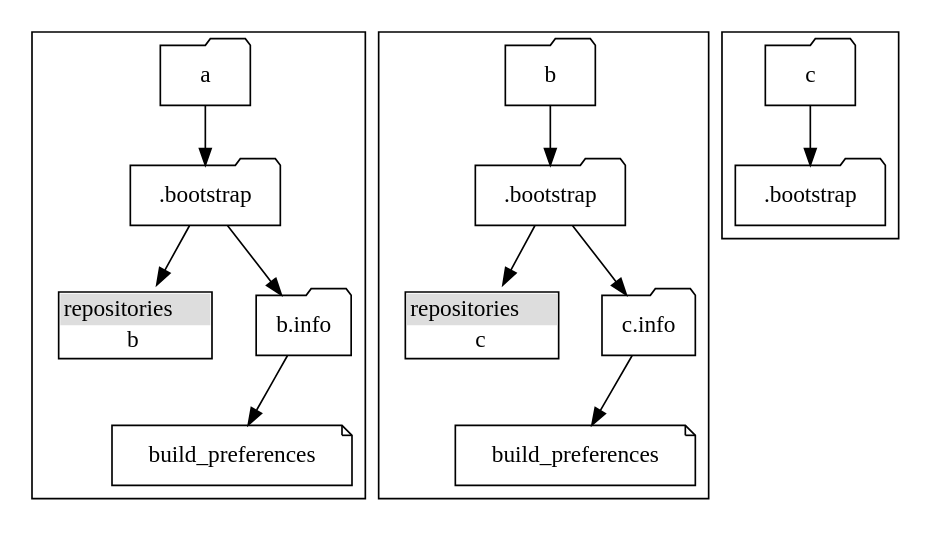
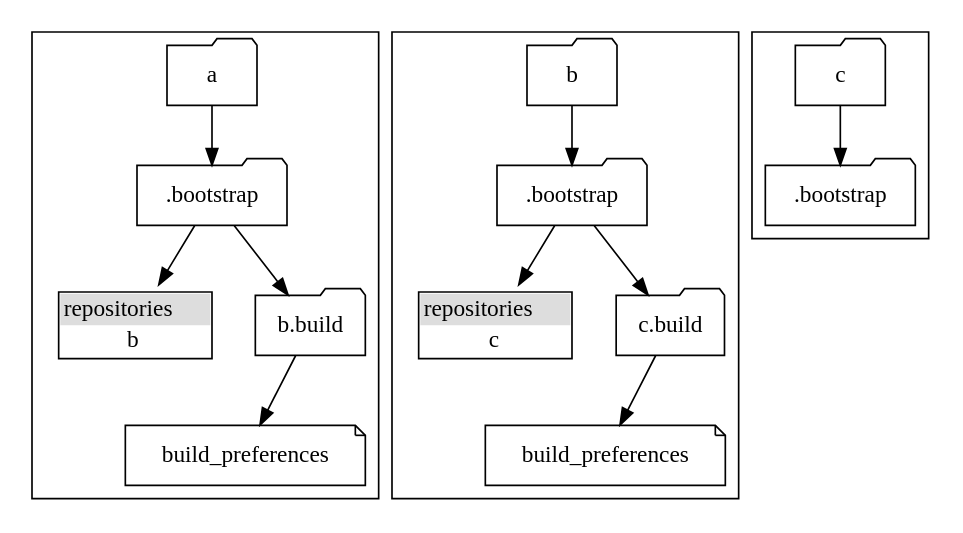
Before and after one commit to mulle-nat-stash/mulle-bootstrap: the diagram in dox/settings/types/3-a-knows-b.dot, drawn with Graphviz. The commit also changed 63 other files, not shown here.

```diff
--- a/dox/settings/types/3-a-knows-b.dot
+++ b/dox/settings/types/3-a-knows-b.dot
@@ -1,36 +1,36 @@
 digraph pic {
      node [shape= folder];
 
 	subgraph cluster_0 {
 		"a" -> "a.bootstrap"
 		"a.bootstrap"    [ label=".bootstrap" ]
 		"a.bootstrap" -> "a.repositories"
 		"a.repositories"  [ shape="none", label=< <TABLE BORDER="1" CELLBORDER="0" CELLSPACING="0">
 <TR><TD bgcolor="#DDDDDD">repositories</TD></TR>
 <TR><TD PORT="f0">b</TD></TR>
 </TABLE>>];
 		"a.bootstrap" -> "a.b"
-		"a.b"                  [ label="b.info" ]
+		"a.b"                  [ label="b.build" ]
 		"a.b"         -> "a.build_preferences"
 		"a.build_preferences"  [ label="build_preferences", shape="note" ]
 	}
 
 	subgraph cluster_1 {
 		"b" -> "b.bootstrap"
 		"b.bootstrap"     [ label=".bootstrap" ]
 		"b.bootstrap" -> "b.repositories"
 		"b.repositories"  [ shape="none", label=< <TABLE BORDER="1" CELLBORDER="0" CELLSPACING="0">
 <TR><TD bgcolor="#DDDDDD">repositories</TD></TR>
 <TR><TD PORT="f0">c</TD></TR>
 </TABLE>>];
 		"b.bootstrap" -> "b.c"
-		"b.c"                  [ label="c.info" ]
+		"b.c"                  [ label="c.build" ]
 		"b.c"         -> "b.build_preferences"
 		"b.build_preferences"  [ label="build_preferences", shape="note" ]
 	}
 
 	subgraph cluster_2 {
 		"c" -> "c.bootstrap"
 		"c.bootstrap" [ label=".bootstrap" ]
 	}
 }
```
